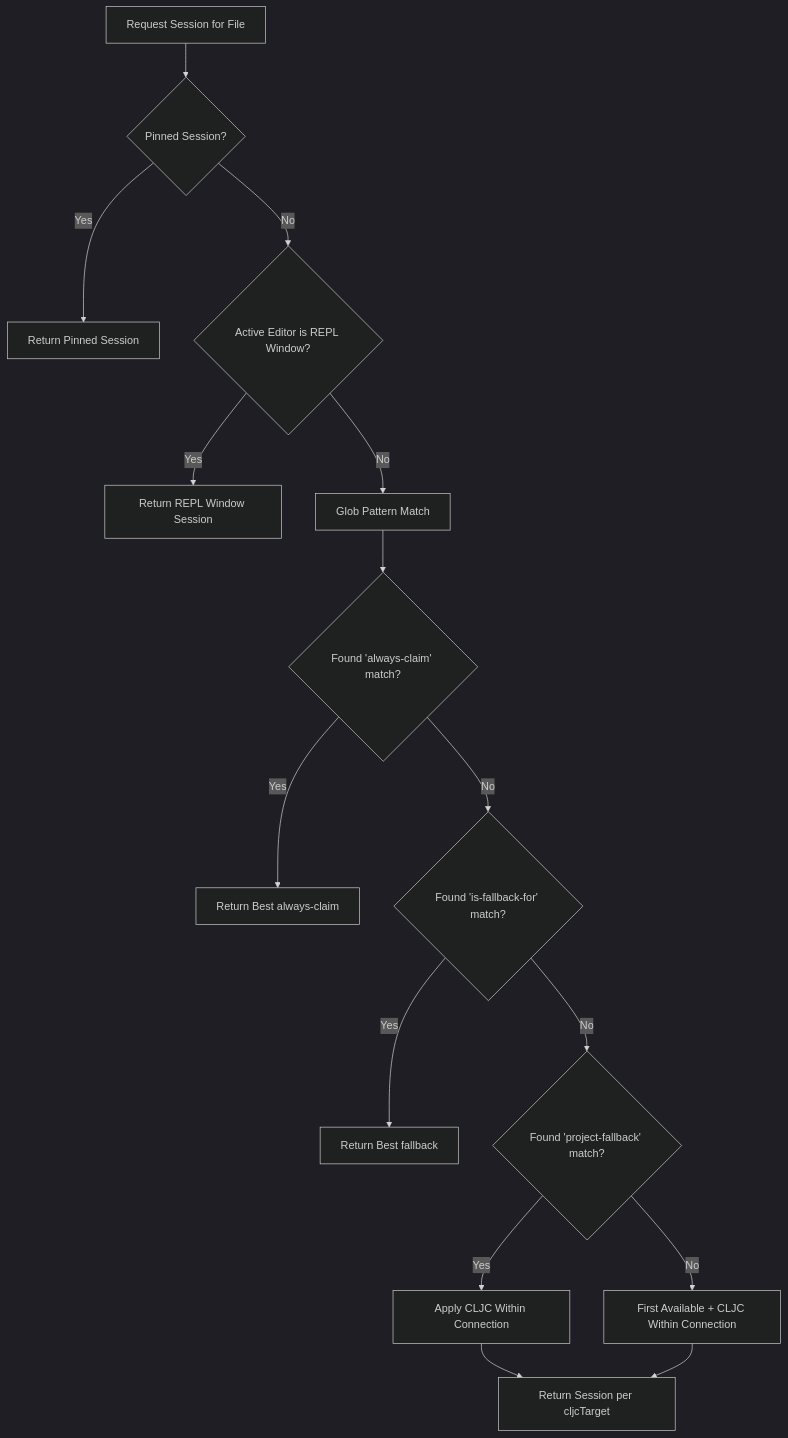
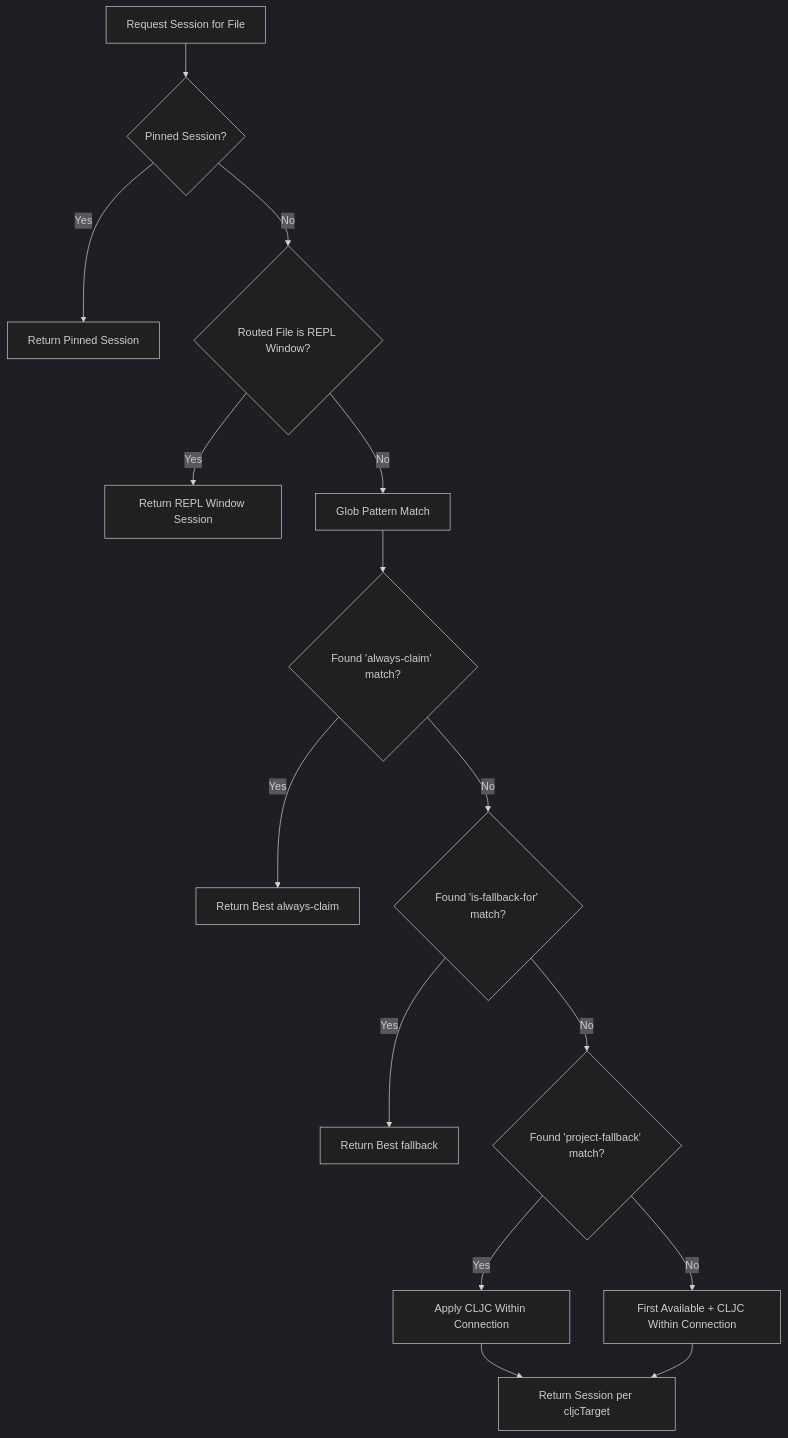
Before and after one commit to BetterThanTomorrow/calva: the fifth of 7 diagrams in dev/docs/multi-session-architecture.md, drawn with Mermaid (dark theme). The commit also changed other lines of this file and 2 other files, not shown here.

First line of the commit message:
Let maintainers find how the Output views and the REPL Input are built

````diff
--- a/dev/docs/multi-session-architecture.md
+++ b/dev/docs/multi-session-architecture.md
@@ -951,17 +956,17 @@
 ```mermaid
 flowchart TD
     A[Request Session for File] --> B{Pinned Session?}
     B -- Yes --> C[Return Pinned Session]
-    B -- No --> D{Active Editor is REPL Window?}
+    B -- No --> D{Routed File is REPL Window?}
     D -- Yes --> E[Return REPL Window Session]
     D -- No --> F[Glob Pattern Match]
     F --> G{Found 'always-claim' match?}
     G -- Yes --> H[Return Best always-claim]
     G -- No --> I{Found 'is-fallback-for' match?}
     I -- Yes --> J[Return Best fallback]
     I -- No --> K{Found 'project-fallback' match?}
     K -- Yes --> L[Apply CLJC Within Connection]
     K -- No --> M[First Available + CLJC Within Connection]
     L --> N[Return Session per cljcTarget]
     M --> N
 ```
````
